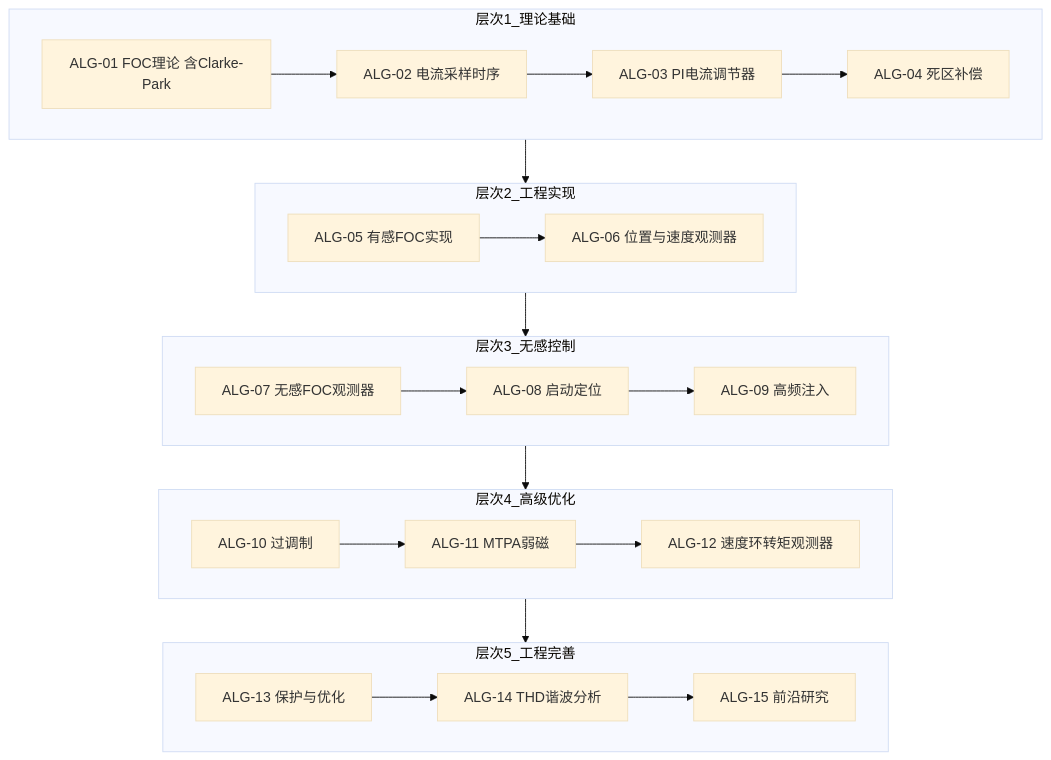
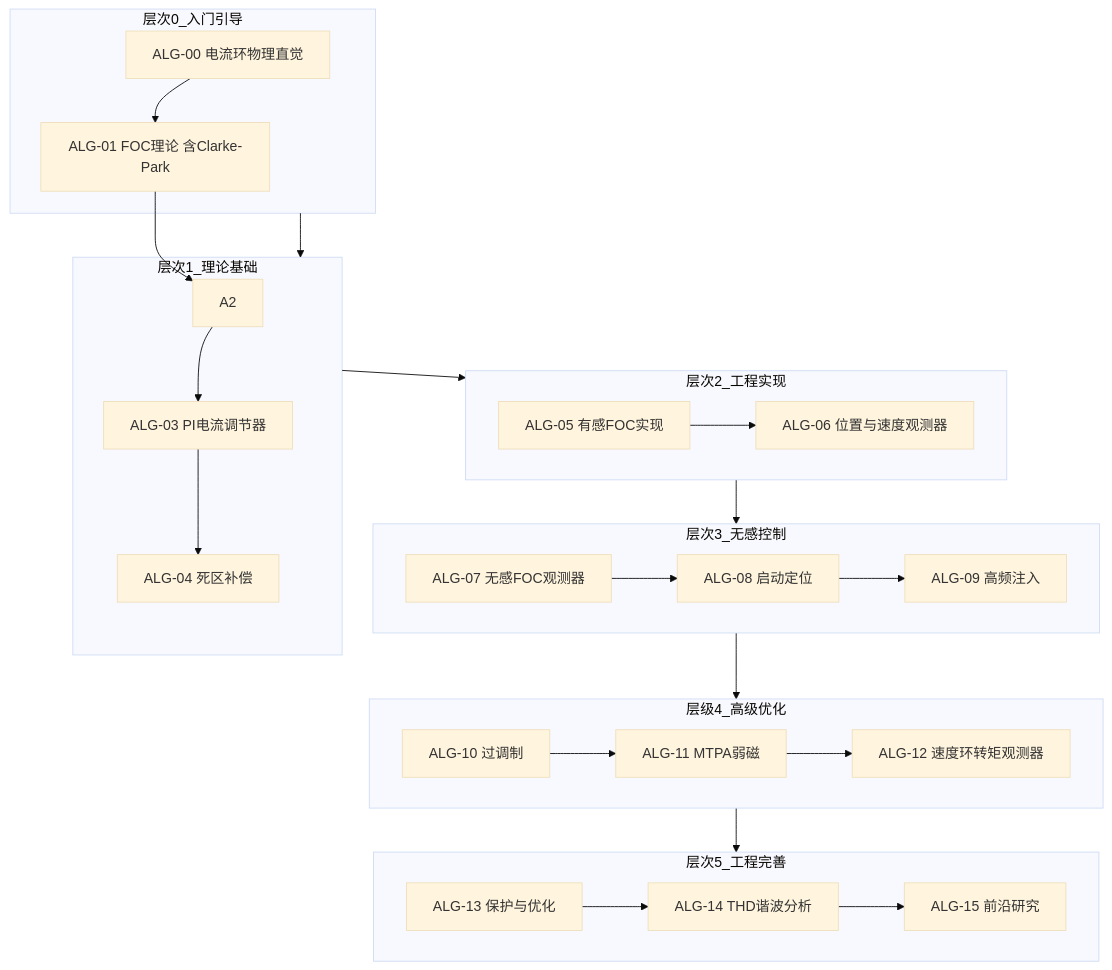
Before and after one commit to null42/MotorControlKB: the diagram in motor-control-knowledge-base/algorithm/README.md, drawn with Mermaid (base theme). The commit also changed other lines of this file and 50 other files, not shown here.

````diff
--- a/motor-control-knowledge-base/algorithm/README.md
+++ b/motor-control-knowledge-base/algorithm/README.md
@@ -9,32 +9,37 @@
 ```mermaid
 flowchart TD
+    subgraph 层次0_入门引导
+        A0[ALG-00 电流环物理直觉] --> A1
+    end
+
     subgraph 层次1_理论基础
-        A1[ALG-01 FOC理论 含Clarke-Park] --> A2[ALG-02 电流采样时序]
+        A1[ALG-01 FOC理论 含Clarke-Park] --> A2
         A2 --> A3[ALG-03 PI电流调节器]
         A3 --> A4[ALG-04 死区补偿]
     end
 
     subgraph 层次2_工程实现
         B1[ALG-05 有感FOC实现] --> B2[ALG-06 位置与速度观测器]
     end
 
     subgraph 层次3_无感控制
         C1[ALG-07 无感FOC观测器] --> C2[ALG-08 启动定位]
         C2 --> C3[ALG-09 高频注入]
     end
 
-    subgraph 层次4_高级优化
+    subgraph 层级4_高级优化
         D1[ALG-10 过调制] --> D2[ALG-11 MTPA弱磁]
         D2 --> D3[ALG-12 速度环转矩观测器]
     end
 
     subgraph 层次5_工程完善
         E1[ALG-13 保护与优化] --> E2[ALG-14 THD谐波分析]
         E2 --> E3[ALG-15 前沿研究]
     end
 
+    层次0_入门引导 --> 层次1_理论基础
     层次1_理论基础 --> 层次2_工程实现
     层次2_工程实现 --> 层次3_无感控制
-    层次3_无感控制 --> 层次4_高级优化
-    层次4_高级优化 --> 层次5_工程完善
+    层次3_无感控制 --> 层级4_高级优化
+    层级4_高级优化 --> 层次5_工程完善
 ```
````
